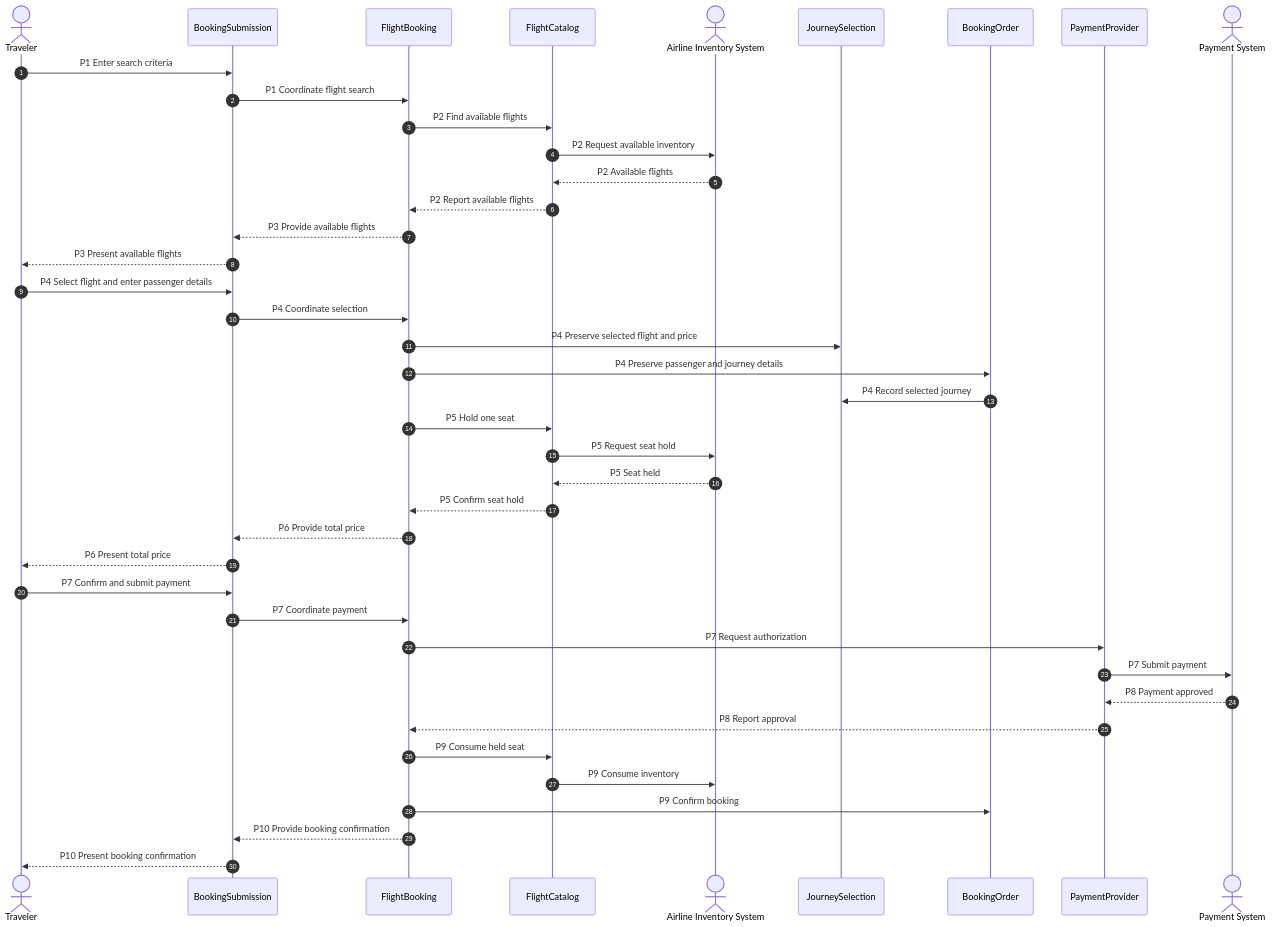
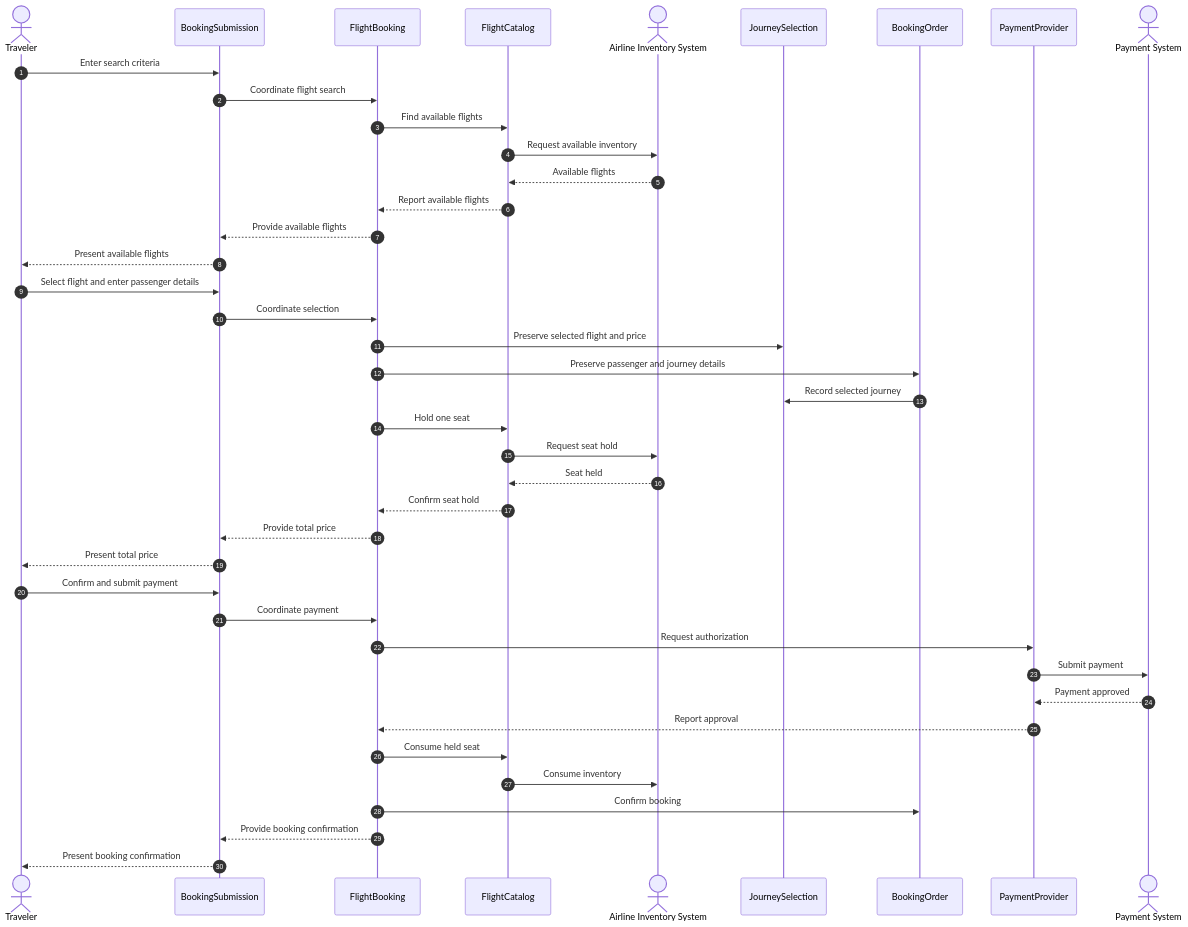
The second of 4 diagrams in skills/oo-design/references/example.md (huang-xiao-jian/bluey), drawn with Mermaid before and after one commit. The commit also changed other lines of this file and 3 other files, not shown here.

````diff
--- a/skills/oo-design/references/example.md
+++ b/skills/oo-design/references/example.md
@@ -97,44 +99,44 @@
 ```mermaid
 sequenceDiagram
     autonumber
     actor Traveler
     participant Submission as BookingSubmission
     participant Booking as FlightBooking
     participant Catalog as FlightCatalog
     actor Inventory as Airline Inventory System
     participant Journey as JourneySelection
     participant Order as BookingOrder
     participant Payment as PaymentProvider
     actor PaymentSystem as Payment System
 
-    Traveler->>Submission: P1 Enter search criteria
-    Submission->>Booking: P1 Coordinate flight search
-    Booking->>Catalog: P2 Find available flights
-    Catalog->>Inventory: P2 Request available inventory
-    Inventory-->>Catalog: P2 Available flights
-    Catalog-->>Booking: P2 Report available flights
-    Booking-->>Submission: P3 Provide available flights
-    Submission-->>Traveler: P3 Present available flights
-    Traveler->>Submission: P4 Select flight and enter passenger details
-    Submission->>Booking: P4 Coordinate selection
-    Booking->>Journey: P4 Preserve selected flight and price
-    Booking->>Order: P4 Preserve passenger and journey details
-    Order->>Journey: P4 Record selected journey
-    Booking->>Catalog: P5 Hold one seat
-    Catalog->>Inventory: P5 Request seat hold
-    Inventory-->>Catalog: P5 Seat held
-    Catalog-->>Booking: P5 Confirm seat hold
-    Booking-->>Submission: P6 Provide total price
-    Submission-->>Traveler: P6 Present total price
-    Traveler->>Submission: P7 Confirm and submit payment
-    Submission->>Booking: P7 Coordinate payment
-    Booking->>Payment: P7 Request authorization
-    Payment->>PaymentSystem: P7 Submit payment
-    PaymentSystem-->>Payment: P8 Payment approved
-    Payment-->>Booking: P8 Report approval
-    Booking->>Catalog: P9 Consume held seat
-    Catalog->>Inventory: P9 Consume inventory
-    Booking->>Order: P9 Confirm booking
-    Booking-->>Submission: P10 Provide booking confirmation
-    Submission-->>Traveler: P10 Present booking confirmation
+    Traveler->>Submission: Enter search criteria
+    Submission->>Booking: Coordinate flight search
+    Booking->>Catalog: Find available flights
+    Catalog->>Inventory: Request available inventory
+    Inventory-->>Catalog: Available flights
+    Catalog-->>Booking: Report available flights
+    Booking-->>Submission: Provide available flights
+    Submission-->>Traveler: Present available flights
+    Traveler->>Submission: Select flight and enter passenger details
+    Submission->>Booking: Coordinate selection
+    Booking->>Journey: Preserve selected flight and price
+    Booking->>Order: Preserve passenger and journey details
+    Order->>Journey: Record selected journey
+    Booking->>Catalog: Hold one seat
+    Catalog->>Inventory: Request seat hold
+    Inventory-->>Catalog: Seat held
+    Catalog-->>Booking: Confirm seat hold
+    Booking-->>Submission: Provide total price
+    Submission-->>Traveler: Present total price
+    Traveler->>Submission: Confirm and submit payment
+    Submission->>Booking: Coordinate payment
+    Booking->>Payment: Request authorization
+    Payment->>PaymentSystem: Submit payment
+    PaymentSystem-->>Payment: Payment approved
+    Payment-->>Booking: Report approval
+    Booking->>Catalog: Consume held seat
+    Catalog->>Inventory: Consume inventory
+    Booking->>Order: Confirm booking
+    Booking-->>Submission: Provide booking confirmation
+    Submission-->>Traveler: Present booking confirmation
 ```
````
